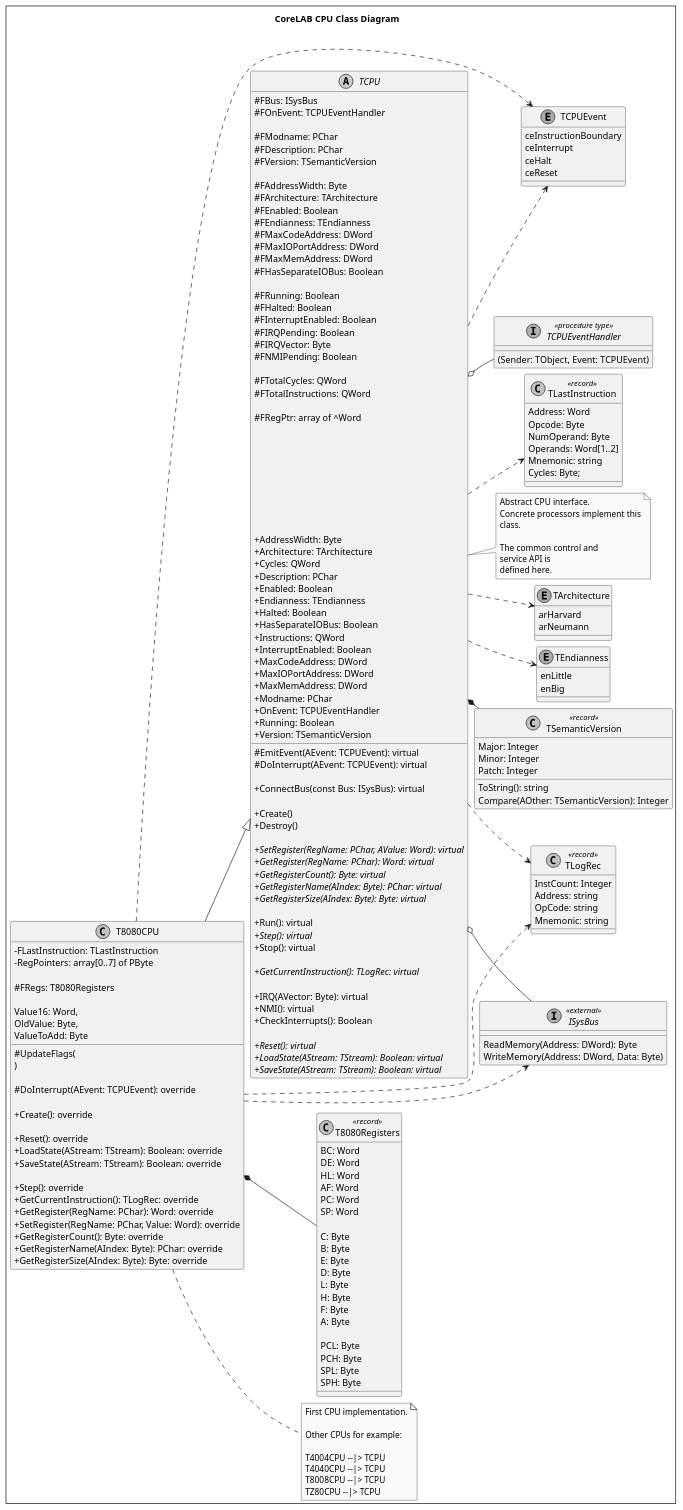
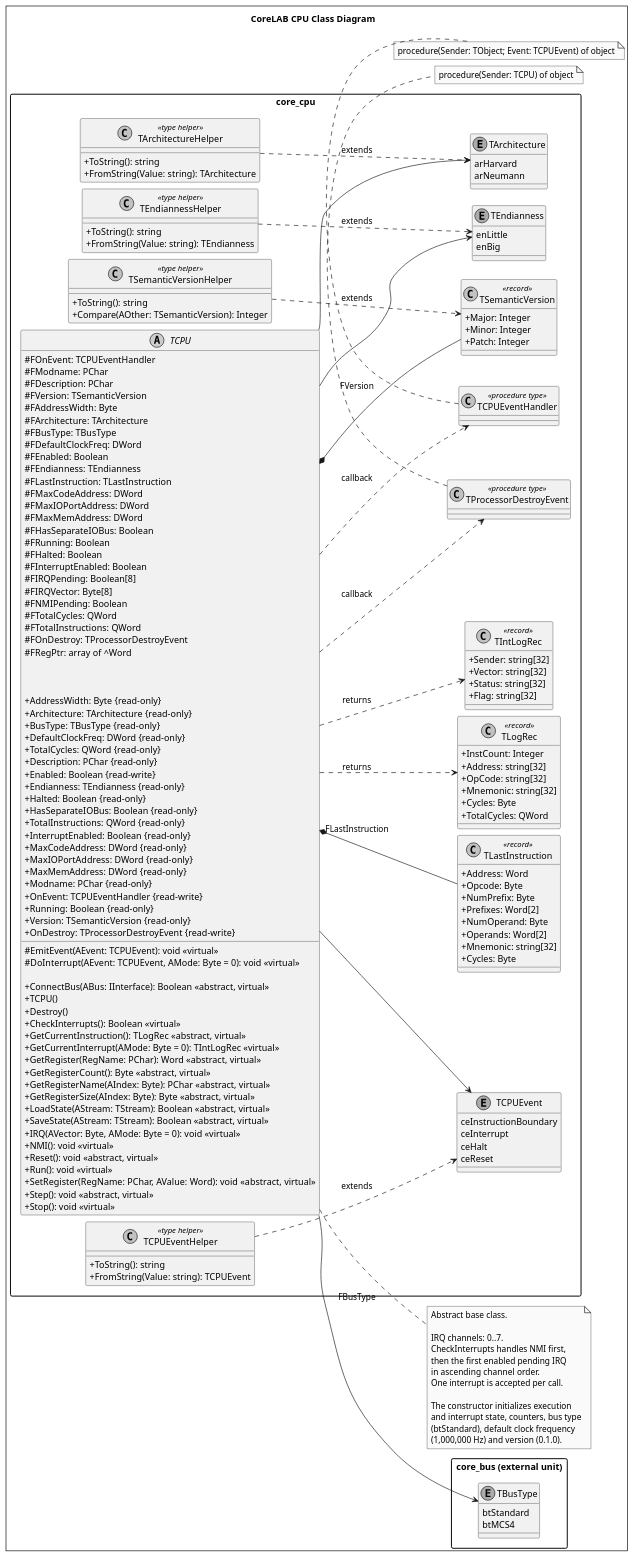
The diagram in document/code/diagrams/source/class_cpu.puml (pozsarzs/corelab), drawn with PlantUML before and after one commit. The commit also changed 7 other files, not shown here.

```diff
--- a/document/code/diagrams/source/class_cpu.puml
+++ b/document/code/diagrams/source/class_cpu.puml
@@ -12,246 +12,197 @@
 skinparam shadowing false
 skinparam monochrome true
 
-' ============================================================
-' Common CPU types
-' ============================================================
-
-enum TArchitecture {
+package "core_cpu" {
+  enum TArchitecture {
     arHarvard
     arNeumann
-}
+  }
 
-enum TEndianness {
+  enum TEndianness {
     enLittle
     enBig
-}
+  }
 
-enum TCPUEvent {
+  enum TCPUEvent {
     ceInstructionBoundary
     ceInterrupt
     ceHalt
     ceReset
+  }
+
+  class TSemanticVersion <<record>> {
+    +Major: Integer
+    +Minor: Integer
+    +Patch: Integer
+  }
+
+  class TLastInstruction <<record>> {
+    +Address: Word
+    +Opcode: Byte
+    +NumPrefix: Byte
+    +Prefixes: Word[2]
+    +NumOperand: Byte
+    +Operands: Word[2]
+    +Mnemonic: string[32]
+    +Cycles: Byte
+  }
+
+  class TLogRec <<record>> {
+    +InstCount: Integer
+    +Address: string[32]
+    +OpCode: string[32]
+    +Mnemonic: string[32]
+    +Cycles: Byte
+    +TotalCycles: QWord
+  }
+
+  class TIntLogRec <<record>> {
+    +Sender: string[32]
+    +Vector: string[32]
+    +Status: string[32]
+    +Flag: string[32]
+  }
+
+  class TCPUEventHandler <<procedure type>>
+  class TProcessorDestroyEvent <<procedure type>>
+
+  class TArchitectureHelper <<type helper>> {
+    +ToString(): string
+    +FromString(Value: string): TArchitecture
+  }
+
+  class TEndiannessHelper <<type helper>> {
+    +ToString(): string
+    +FromString(Value: string): TEndianness
+  }
+
+  class TCPUEventHelper <<type helper>> {
+    +ToString(): string
+    +FromString(Value: string): TCPUEvent
+  }
+
+  class TSemanticVersionHelper <<type helper>> {
+    +ToString(): string
+    +Compare(AOther: TSemanticVersion): Integer
+  }
+
+  abstract class TCPU {
+    {field} #FOnEvent: TCPUEventHandler
+    {field} #FModname: PChar
+    {field} #FDescription: PChar
+    {field} #FVersion: TSemanticVersion
+    {field} #FAddressWidth: Byte
+    {field} #FArchitecture: TArchitecture
+    {field} #FBusType: TBusType
+    {field} #FDefaultClockFreq: DWord
+    {field} #FEnabled: Boolean
+    {field} #FEndianness: TEndianness
+    {field} #FLastInstruction: TLastInstruction
+    {field} #FMaxCodeAddress: DWord
+    {field} #FMaxIOPortAddress: DWord
+    {field} #FMaxMemAddress: DWord
+    {field} #FHasSeparateIOBus: Boolean
+    {field} #FRunning: Boolean
+    {field} #FHalted: Boolean
+    {field} #FInterruptEnabled: Boolean
+    {field} #FIRQPending: Boolean[8]
+    {field} #FIRQVector: Byte[8]
+    {field} #FNMIPending: Boolean
+    {field} #FTotalCycles: QWord
+    {field} #FTotalInstructions: QWord
+    {field} #FOnDestroy: TProcessorDestroyEvent
+    {field} #FRegPtr: array of ^Word
+
+    {method} #EmitEvent(AEvent: TCPUEvent): void <<virtual>>
+    {method} #DoInterrupt(AEvent: TCPUEvent, AMode: Byte = 0): void <<virtual>>
+
+    +ConnectBus(ABus: IInterface): Boolean <<abstract, virtual>>
+    +TCPU()
+    +Destroy()
+    +CheckInterrupts(): Boolean <<virtual>>
+    +GetCurrentInstruction(): TLogRec <<abstract, virtual>>
+    +GetCurrentInterrupt(AMode: Byte = 0): TIntLogRec <<virtual>>
+    +GetRegister(RegName: PChar): Word <<abstract, virtual>>
+    +GetRegisterCount(): Byte <<abstract, virtual>>
+    +GetRegisterName(AIndex: Byte): PChar <<abstract, virtual>>
+    +GetRegisterSize(AIndex: Byte): Byte <<abstract, virtual>>
+    +LoadState(AStream: TStream): Boolean <<abstract, virtual>>
+    +SaveState(AStream: TStream): Boolean <<abstract, virtual>>
+    +IRQ(AVector: Byte, AMode: Byte = 0): void <<virtual>>
+    +NMI(): void <<virtual>>
+    +Reset(): void <<abstract, virtual>>
+    +Run(): void <<virtual>>
+    +SetRegister(RegName: PChar, AValue: Word): void <<abstract, virtual>>
+    +Step(): void <<abstract, virtual>>
+    +Stop(): void <<virtual>>
+
+    +AddressWidth: Byte {read-only}
+    +Architecture: TArchitecture {read-only}
+    +BusType: TBusType {read-only}
+    +DefaultClockFreq: DWord {read-only}
+    +TotalCycles: QWord {read-only}
+    +Description: PChar {read-only}
+    +Enabled: Boolean {read-write}
+    +Endianness: TEndianness {read-only}
+    +Halted: Boolean {read-only}
+    +HasSeparateIOBus: Boolean {read-only}
+    +TotalInstructions: QWord {read-only}
+    +InterruptEnabled: Boolean {read-only}
+    +MaxCodeAddress: DWord {read-only}
+    +MaxIOPortAddress: DWord {read-only}
+    +MaxMemAddress: DWord {read-only}
+    +Modname: PChar {read-only}
+    +OnEvent: TCPUEventHandler {read-write}
+    +Running: Boolean {read-only}
+    +Version: TSemanticVersion {read-only}
+    +OnDestroy: TProcessorDestroyEvent {read-write}
+  }
 }
 
-class TSemanticVersion <<record>> {
-    Major: Integer
-    Minor: Integer
-    Patch: Integer
-
-    ToString(): string
-    Compare(AOther: TSemanticVersion): Integer
+package "core_bus (external unit)" {
+  enum TBusType {
+    btStandard
+    btMCS4
+  }
 }
 
-class TLogRec <<record>> {
-    InstCount: Integer
-    Address: string
-    OpCode: string
-    Mnemonic: string
-}
+TCPU --> TBusType : FBusType
+TCPU --> TArchitecture
+TCPU --> TEndianness
+TCPU --> TCPUEvent
+TCPU *-- TSemanticVersion : FVersion
+TCPU *-- TLastInstruction : FLastInstruction
+TCPU ..> TLogRec : returns
+TCPU ..> TIntLogRec : returns
+TCPU ..> TCPUEventHandler : callback
+TCPU ..> TProcessorDestroyEvent : callback
 
-' ============================================================
-' Event handling
-' ============================================================
-
-interface TCPUEventHandler <<procedure type>> {
-    (Sender: TObject, Event: TCPUEvent)
-}
-
-' ============================================================
-' System bus
-' ============================================================
-
-interface ISysBus <<external>> {
-    ReadMemory(Address: DWord): Byte
-    WriteMemory(Address: DWord, Data: Byte)
-}
-
-' ============================================================
-' Abstract CPU base class
-' ============================================================
-
-abstract class TCPU {
-    #FBus: ISysBus
-    #FOnEvent: TCPUEventHandler
-
-    #FModname: PChar
-    #FDescription: PChar
-    #FVersion: TSemanticVersion
-
-    #FAddressWidth: Byte
-    #FArchitecture: TArchitecture
-    #FEnabled: Boolean
-    #FEndianness: TEndianness
-    #FMaxCodeAddress: DWord
-    #FMaxIOPortAddress: DWord
-    #FMaxMemAddress: DWord
-    #FHasSeparateIOBus: Boolean
-
-    #FRunning: Boolean
-    #FHalted: Boolean
-    #FInterruptEnabled: Boolean
-    #FIRQPending: Boolean
-    #FIRQVector: Byte
-    #FNMIPending: Boolean
-
-    #FTotalCycles: QWord
-    #FTotalInstructions: QWord
-
-    #FRegPtr: array of ^Word
-
-    #EmitEvent(AEvent: TCPUEvent): virtual
-    #DoInterrupt(AEvent: TCPUEvent): virtual
-
-    +ConnectBus(const Bus: ISysBus): virtual
-
-    +Create()
-    +Destroy()
-
-    +SetRegister(RegName: PChar, AValue: Word): virtual {abstract}
-    +GetRegister(RegName: PChar): Word: virtual {abstract}
-    +GetRegisterCount(): Byte: virtual {abstract}
-    +GetRegisterName(AIndex: Byte): PChar: virtual {abstract}
-    +GetRegisterSize(AIndex: Byte): Byte: virtual {abstract}
-
-    +Run(): virtual
-    +Step(): virtual {abstract}
-    +Stop(): virtual
-
-    +GetCurrentInstruction(): TLogRec: virtual {abstract}
-
-    +IRQ(AVector: Byte): virtual
-    +NMI(): virtual
-    +CheckInterrupts(): Boolean
-
-    +Reset(): virtual {abstract}
-    +LoadState(AStream: TStream): Boolean: virtual {abstract}
-    +SaveState(AStream: TStream): Boolean: virtual {abstract}
-
-    +AddressWidth: Byte
-    +Architecture: TArchitecture
-    +Cycles: QWord
-    +Description: PChar
-    +Enabled: Boolean
-    +Endianness: TEndianness
-    +Halted: Boolean
-    +HasSeparateIOBus: Boolean
-    +Instructions: QWord
-    +InterruptEnabled: Boolean
-    +MaxCodeAddress: DWord
-    +MaxIOPortAddress: DWord
-    +MaxMemAddress: DWord
-    +Modname: PChar
-    +OnEvent: TCPUEventHandler
-    +Running: Boolean
-    +Version: TSemanticVersion
-}
-
-' ============================================================
-' Intel 8080
-' ============================================================
-
-class T8080Registers <<record>> {
-    BC: Word
-    DE: Word
-    HL: Word
-    AF: Word
-    PC: Word
-    SP: Word
-
-    C: Byte
-    B: Byte
-    E: Byte
-    D: Byte
-    L: Byte
-    H: Byte
-    F: Byte
-    A: Byte
-
-    PCL: Byte
-    PCH: Byte
-    SPL: Byte
-    SPH: Byte
-}
-
-class TLastInstruction <<record>> {
-    Address: Word
-    Opcode: Byte
-    NumOperand: Byte
-    Operands: Word[1..2]
-    Mnemonic: string
-    Cycles: Byte; 
-}
-
-class T8080CPU {
-    -FLastInstruction: TLastInstruction
-    -RegPointers: array[0..7] of PByte
-
-    #FRegs: T8080Registers
-
-    #UpdateFlags(
-        Value16: Word,
-        OldValue: Byte,
-        ValueToAdd: Byte
-    )
-
-    #DoInterrupt(AEvent: TCPUEvent): override
-
-    +Create(): override
-
-    +Reset(): override
-    +LoadState(AStream: TStream): Boolean: override
-    +SaveState(AStream: TStream): Boolean: override
-
-    +Step(): override
-    +GetCurrentInstruction(): TLogRec: override
-    +GetRegister(RegName: PChar): Word: override
-    +SetRegister(RegName: PChar, Value: Word): override
-    +GetRegisterCount(): Byte: override
-    +GetRegisterName(AIndex: Byte): PChar: override
-    +GetRegisterSize(AIndex: Byte): Byte: override
-}
-
-' ============================================================
-' Relationships
-' ============================================================
-
-T8080CPU --|> TCPU
-
-TCPU o-- ISysBus
-TCPU o-- TCPUEventHandler
-TCPU *-- TSemanticVersion
-
-TCPU ..> TArchitecture
-TCPU ..> TEndianness
-TCPU ..> TLastInstruction
-TCPU ..> TCPUEvent
-TCPU ..> TLogRec
-
-T8080CPU *-- T8080Registers
-
-T8080CPU ..> TCPUEvent
-T8080CPU ..> ISysBus
-T8080CPU ..> TLogRec
+TArchitectureHelper ..> TArchitecture : extends
+TEndiannessHelper ..> TEndianness : extends
+TCPUEventHelper ..> TCPUEvent : extends
+TSemanticVersionHelper ..> TSemanticVersion : extends
 
 note right of TCPU
-  Abstract CPU interface.
-  Concrete processors implement this
-  class.
+  Abstract base class.
 
-  The common control and
-  service API is
-  defined here.
+  IRQ channels: 0..7.
+  CheckInterrupts handles NMI first,
+  then the first enabled pending IRQ
+  in ascending channel order.
+  One interrupt is accepted per call.
+
+  The constructor initializes execution
+  and interrupt state, counters, bus type
+  (btStandard), default clock frequency
+  (1,000,000 Hz) and version (0.1.0).
 end note
 
-note right of T8080CPU
-  First CPU implementation.
+note bottom of TProcessorDestroyEvent
+  procedure(Sender: TCPU) of object
+end note
 
-  Other CPUs for example:
-
-  T4004CPU --|> TCPU
-  T4040CPU --|> TCPU
-  T8008CPU --|> TCPU
-  TZ80CPU --|> TCPU
+note bottom of TCPUEventHandler
+  procedure(Sender: TObject; Event: TCPUEvent) of object
 end note
 
 @enduml
```
